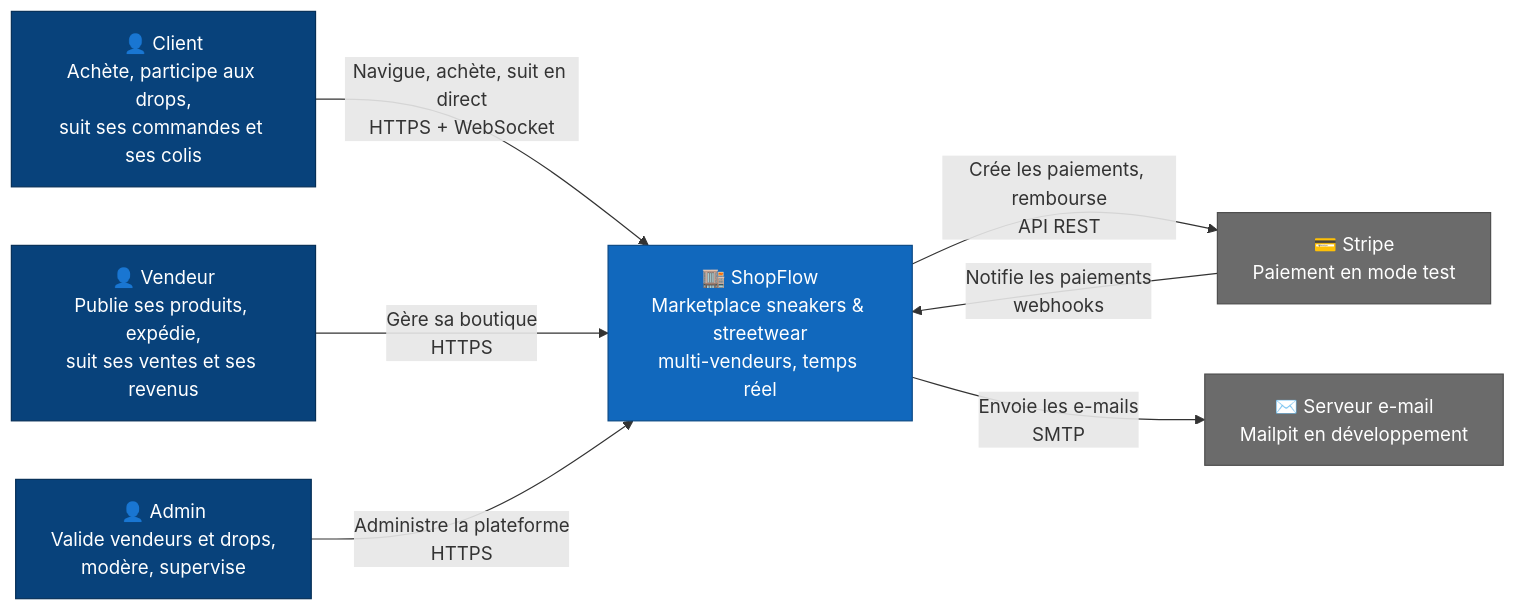
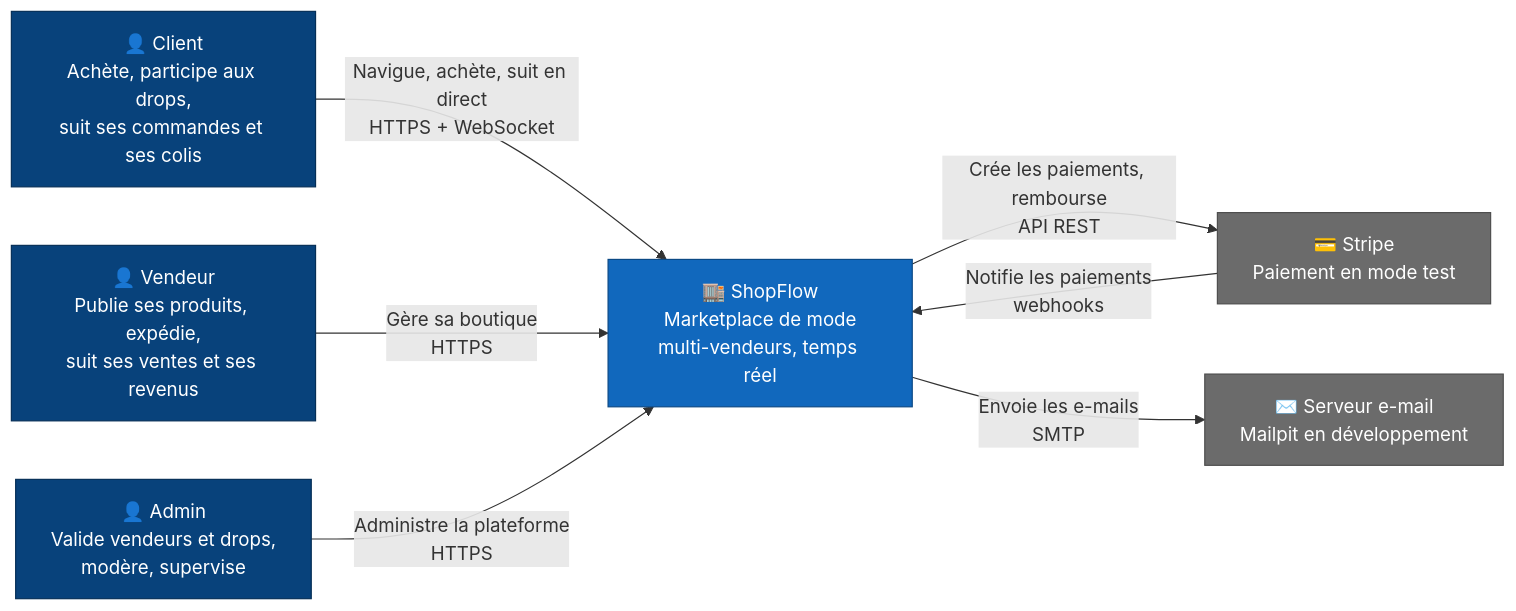
Before and after one commit to ihebishak/shopflow: the first of 3 diagrams in docs/04-architecture.md, drawn with Mermaid. The commit also changed other lines of this file and 4 other files, not shown here.

Commit message:
docs(3.11f): present ShopFlow as a fashion marketplace and plan the AI phase

````diff
--- a/docs/04-architecture.md
+++ b/docs/04-architecture.md
@@ -7,25 +7,25 @@
 ```mermaid
 flowchart LR
     client["👤 Client<br/>Achète, participe aux drops,<br/>suit ses commandes et ses colis"]
     seller["👤 Vendeur<br/>Publie ses produits, expédie,<br/>suit ses ventes et ses revenus"]
     admin["👤 Admin<br/>Valide vendeurs et drops,<br/>modère, supervise"]
 
-    shopflow["🏬 ShopFlow<br/>Marketplace sneakers & streetwear<br/>multi-vendeurs, temps réel"]
+    shopflow["🏬 ShopFlow<br/>Marketplace de mode<br/>multi-vendeurs, temps réel"]
 
     stripe["💳 Stripe<br/>Paiement en mode test"]
     mail["✉️ Serveur e-mail<br/>Mailpit en développement"]
 
     client -->|"Navigue, achète, suit en direct<br/>HTTPS + WebSocket"| shopflow
     seller -->|"Gère sa boutique<br/>HTTPS"| shopflow
     admin -->|"Administre la plateforme<br/>HTTPS"| shopflow
     shopflow -->|"Crée les paiements, rembourse<br/>API REST"| stripe
     stripe -->|"Notifie les paiements<br/>webhooks"| shopflow
     shopflow -->|"Envoie les e-mails<br/>SMTP"| mail
 
     classDef person fill:#08427b,stroke:#052e56,color:#ffffff
     classDef system fill:#1168bd,stroke:#0b4884,color:#ffffff
     classDef external fill:#6b6b6b,stroke:#4d4d4d,color:#ffffff
     class client,seller,admin person
     class shopflow system
     class stripe,mail external
 ```
````
